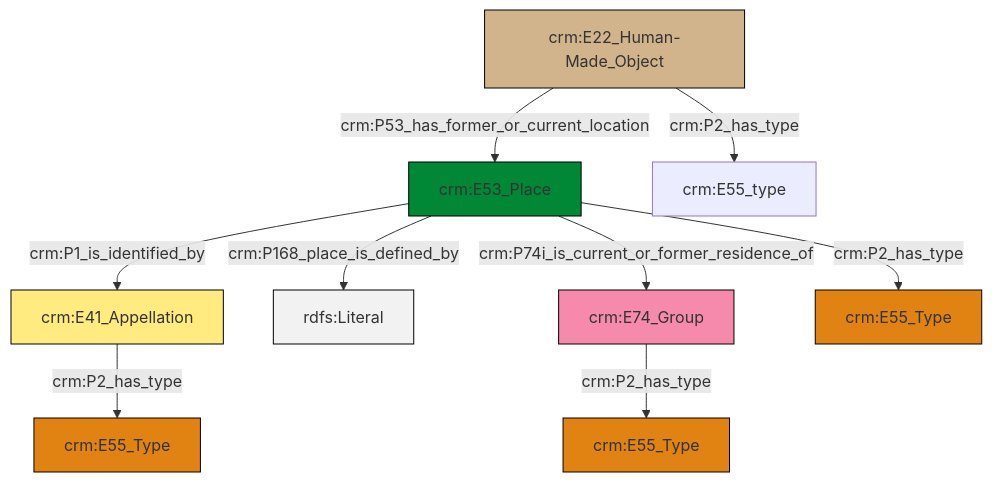
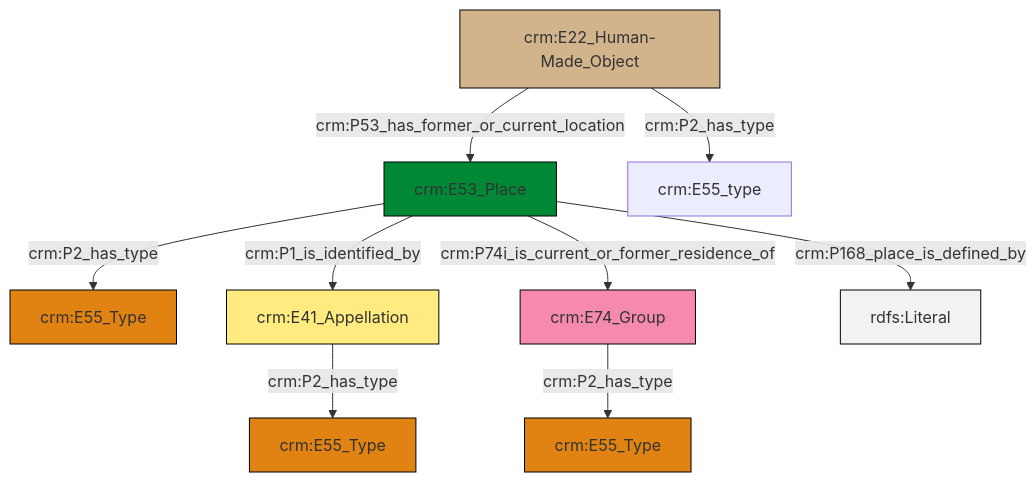
Before and after one commit to swiss-art-research-net/reference-data-models: the diagram in et/artworkCSV/ttl/mmd/Artwork_Location.ttl.mmd, drawn with Mermaid. The commit also changed 128 other files, not shown here.

```diff
--- a/et/artworkCSV/ttl/mmd/Artwork_Location.ttl.mmd
+++ b/et/artworkCSV/ttl/mmd/Artwork_Location.ttl.mmd
@@ -1,23 +1,23 @@
 graph TD
 classDef Literal fill:#f2f2f2,stroke:#000000;
 classDef CRM_Entity fill:#FFFFFF,stroke:#000000;
 classDef Temporal_Entity fill:#00C9E6, stroke:#000000;
 classDef Type fill:#E18312, stroke:#000000;
 classDef Time-Span fill:#2C9C91, stroke:#000000;
 classDef Appellation fill:#FFEB7F, stroke:#000000;
 classDef Place fill:#008836, stroke:#000000;
 classDef Persistent_Item fill:#B266B2, stroke:#000000;
 classDef Conceptual_Object fill:#FFD700, stroke:#000000;
 classDef Physical_Thing fill:#D2B48C, stroke:#000000;
 classDef Actor fill:#f58aad, stroke:#000000;
 classDef PC_Classes fill:#4ce600, stroke:#000000;
 classDef Multi fill:#cccccc,stroke:#000000;
 
-0["crm:E53_Place"]:::Place -->|crm:P1_is_identified_by| 1["crm:E41_Appellation"]:::Appellation
-0["crm:E53_Place"]:::Place -->|crm:P168_place_is_defined_by| 2[rdfs:Literal]:::Literal
-1["crm:E41_Appellation"]:::Appellation -->|crm:P2_has_type| 5["crm:E55_Type"]:::Type
-0["crm:E53_Place"]:::Place -->|crm:P74i_is_current_or_former_residence_of| 3["crm:E74_Group"]:::Actor
-10["crm:E22_Human-Made_Object"]:::Physical_Thing -->|crm:P53_has_former_or_current_location| 0["crm:E53_Place"]:::Place
-3["crm:E74_Group"]:::Actor -->|crm:P2_has_type| 8["crm:E55_Type"]:::Type
-0["crm:E53_Place"]:::Place -->|crm:P2_has_type| 6["crm:E55_Type"]:::Type
-10["crm:E22_Human-Made_Object"]:::Physical_Thing -->|crm:P2_has_type| 16["crm:E55_type"]:::Default
+2["crm:E74_Group"]:::Actor -->|crm:P2_has_type| 3["crm:E55_Type"]:::Type
+7["crm:E41_Appellation"]:::Appellation -->|crm:P2_has_type| 5["crm:E55_Type"]:::Type
+8["crm:E53_Place"]:::Place -->|crm:P2_has_type| 0["crm:E55_Type"]:::Type
+9["crm:E22_Human-Made_Object"]:::Physical_Thing -->|crm:P53_has_former_or_current_location| 8["crm:E53_Place"]:::Place
+8["crm:E53_Place"]:::Place -->|crm:P168_place_is_defined_by| 10[rdfs:Literal]:::Literal
+8["crm:E53_Place"]:::Place -->|crm:P1_is_identified_by| 7["crm:E41_Appellation"]:::Appellation
+9["crm:E22_Human-Made_Object"]:::Physical_Thing -->|crm:P2_has_type| 14["crm:E55_type"]:::Default
+8["crm:E53_Place"]:::Place -->|crm:P74i_is_current_or_former_residence_of| 2["crm:E74_Group"]:::Actor
```
